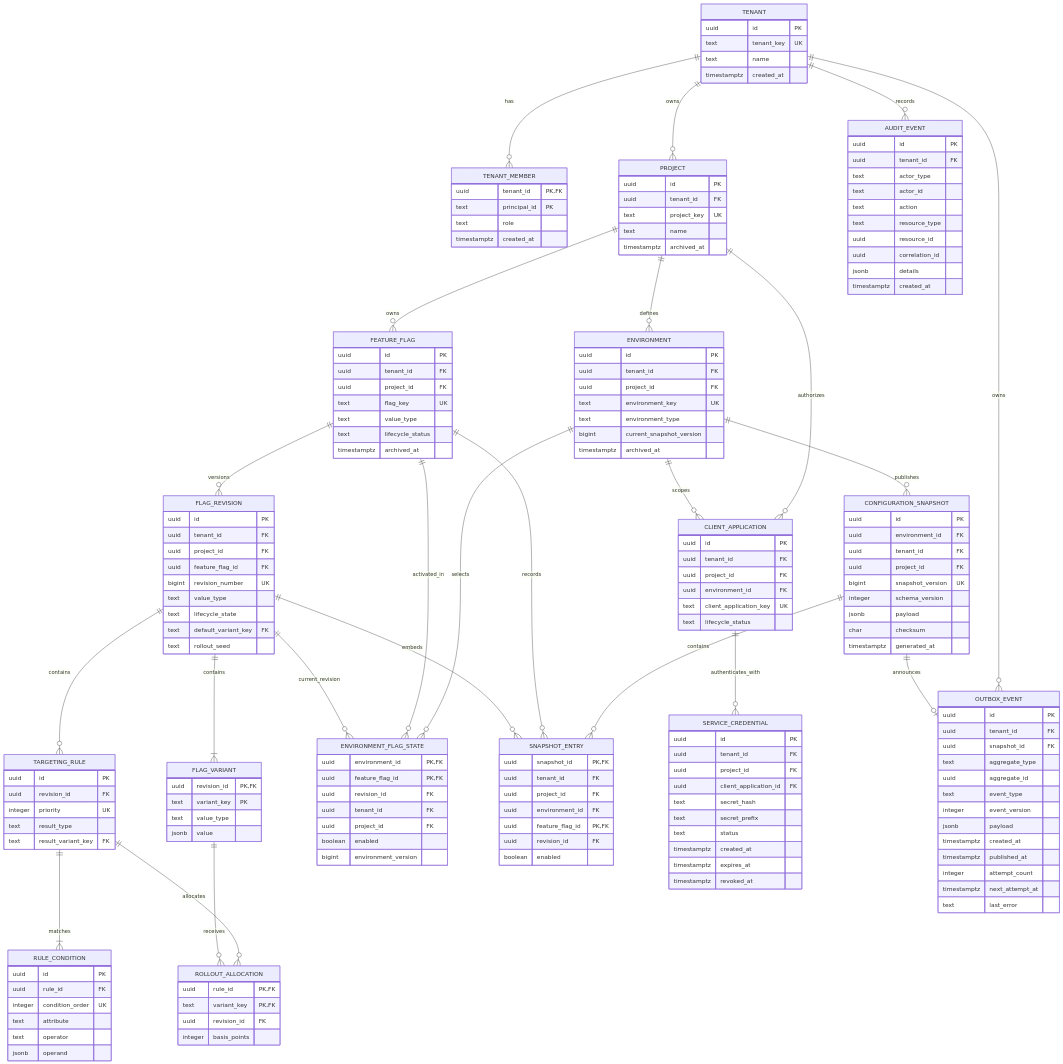
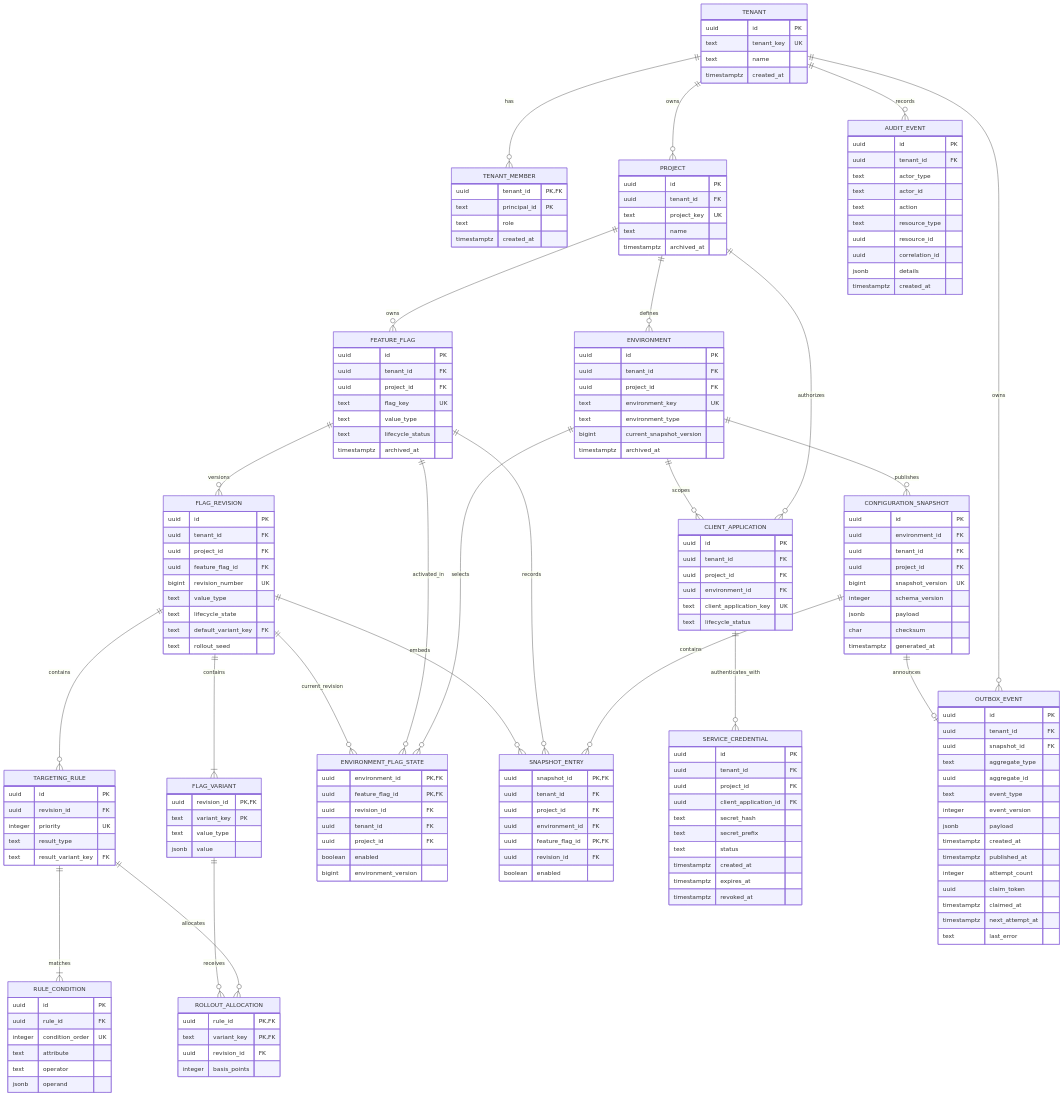
One commit to dlsrnjs125/switchboard changed the diagram in docs/data-model/erd.md. Above: the diagram before and after it, drawn with Mermaid. The commit also changed 27 other files, not shown here.

```diff
--- a/docs/data-model/erd.md
+++ b/docs/data-model/erd.md
@@ -196,6 +196,8 @@
       timestamptz created_at
       timestamptz published_at
       integer attempt_count
+      uuid claim_token
+      timestamptz claimed_at
       timestamptz next_attempt_at
       text last_error
     }
```
